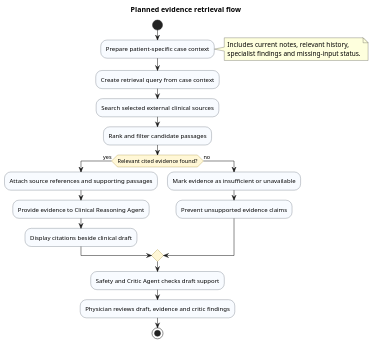
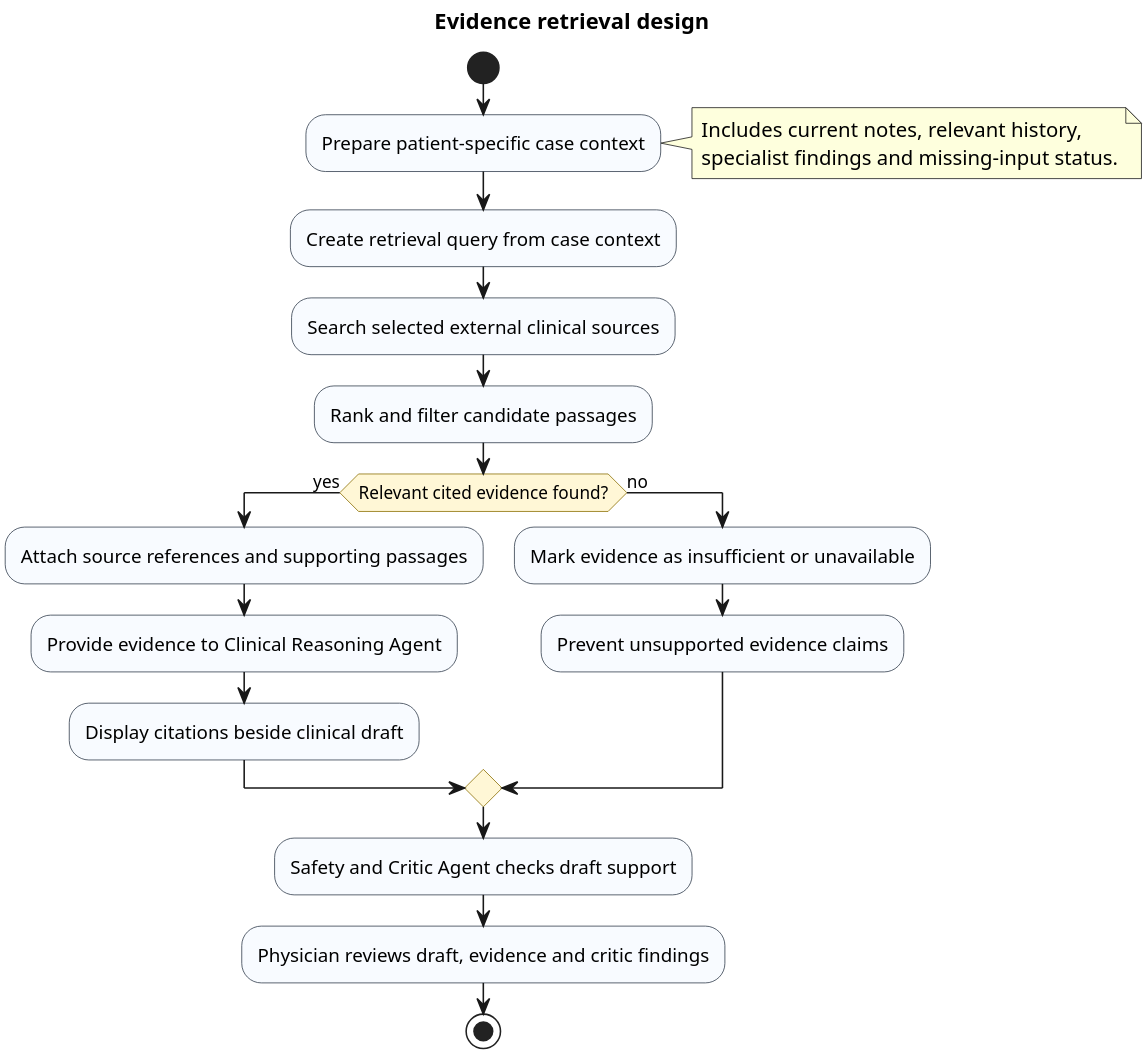
One commit to fatimamalik2307/fyp-report changed the diagram in fatima/diagrams/fatima_D06_evidence_retrieval.puml. Above: the diagram before and after it, drawn with PlantUML. The commit also changed 53 other files, not shown here.

```diff
--- a/fatima/diagrams/fatima_D06_evidence_retrieval.puml
+++ b/fatima/diagrams/fatima_D06_evidence_retrieval.puml
@@ -1,35 +1,36 @@
 @startuml
-title Planned evidence retrieval flow
+title Evidence retrieval design
 skinparam backgroundColor #FFFFFF
 skinparam shadowing false
+skinparam dpi 300
 skinparam defaultFontName Arial
 skinparam activity {
   BorderColor #2F3A4A
   BackgroundColor #F8FBFF
   DiamondBackgroundColor #FFF7D6
   DiamondBorderColor #8A6D00
 }
 
 start
 :Prepare patient-specific case context;
 note right
 Includes current notes, relevant history,
 specialist findings and missing-input status.
 end note
 :Create retrieval query from case context;
 :Search selected external clinical sources;
 :Rank and filter candidate passages;
 
 if (Relevant cited evidence found?) then (yes)
   :Attach source references and supporting passages;
   :Provide evidence to Clinical Reasoning Agent;
   :Display citations beside clinical draft;
 else (no)
   :Mark evidence as insufficient or unavailable;
   :Prevent unsupported evidence claims;
 endif
 
 :Safety and Critic Agent checks draft support;
 :Physician reviews draft, evidence and critic findings;
 stop
 @enduml
```
